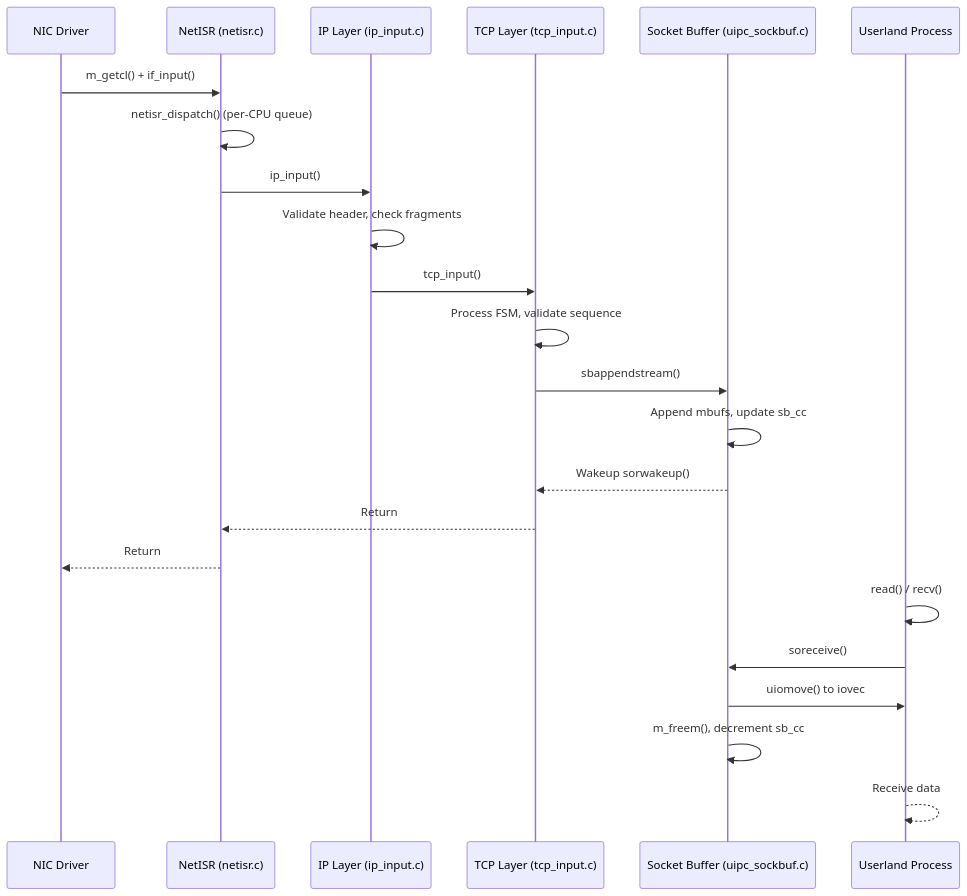
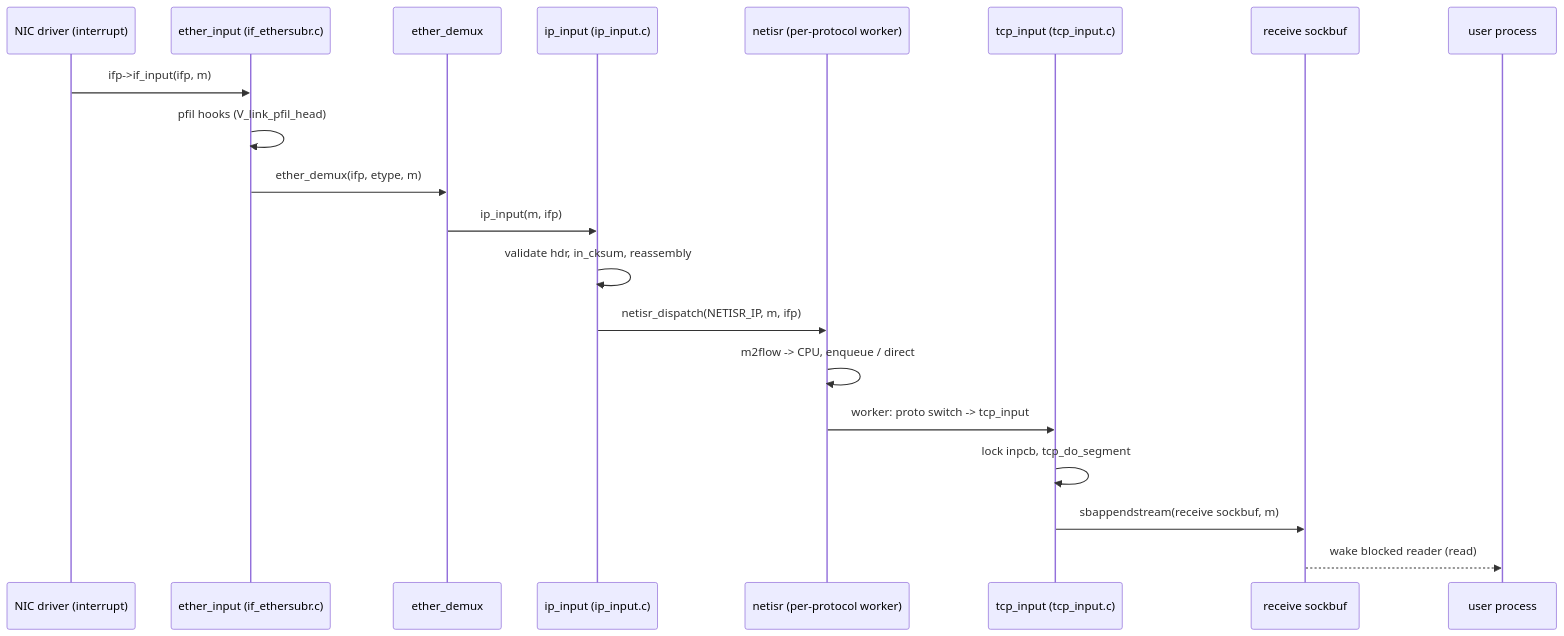
The first of 2 diagrams in sys/net/README.md (ocochard/freebsd-src), drawn with Mermaid before and after one commit. The commit also changed other lines of this file and 40 other files, not shown here.

````diff
--- a/sys/net/README.md
+++ b/sys/net/README.md
@@ -63,26 +438,23 @@
 ```mermaid
 sequenceDiagram
-    participant NIC as NIC Driver
-    participant NetISR as NetISR (netisr.c)
-    participant IP as IP Layer (ip_input.c)
-    participant TCP as TCP Layer (tcp_input.c)
-    participant SB as Socket Buffer (uipc_sockbuf.c)
-    participant User as Userland Process
+    participant NIC as NIC driver (interrupt)
+    participant E as ether_input (if_ethersubr.c)
+    participant D as ether_demux
+    participant IP as ip_input (ip_input.c)
+    participant N as netisr (per-protocol worker)
+    participant T as tcp_input (tcp_input.c)
+    participant SB as receive sockbuf
+    participant U as user process
 
-    NIC->>NetISR: m_getcl() + if_input()
-    NetISR->>NetISR: netisr_dispatch() (per-CPU queue)
-    NetISR->>IP: ip_input()
-    IP->>IP: Validate header, check fragments
-    IP->>TCP: tcp_input()
-    TCP->>TCP: Process FSM, validate sequence
-    TCP->>SB: sbappendstream()
-    SB->>SB: Append mbufs, update sb_cc
-    SB-->>TCP: Wakeup sorwakeup()
-    TCP-->>NetISR: Return
-    NetISR-->>NIC: Return
-    User->>User: read() / recv()
-    User->>SB: soreceive()
-    SB->>User: uiomove() to iovec
-    SB->>SB: m_freem(), decrement sb_cc
-    User-->>User: Receive data
+    NIC->>E: ifp->if_input(ifp, m)
+    E->>E: pfil hooks (V_link_pfil_head)
+    E->>D: ether_demux(ifp, etype, m)
+    D->>IP: ip_input(m, ifp)
+    IP->>IP: validate hdr, in_cksum, reassembly
+    IP->>N: netisr_dispatch(NETISR_IP, m, ifp)
+    N->>N: m2flow -> CPU, enqueue / direct
+    N->>T: worker: proto switch -> tcp_input
+    T->>T: lock inpcb, tcp_do_segment
+    T->>SB: sbappendstream(receive sockbuf, m)
+    SB-->>U: wake blocked reader (read)
 ```
````
